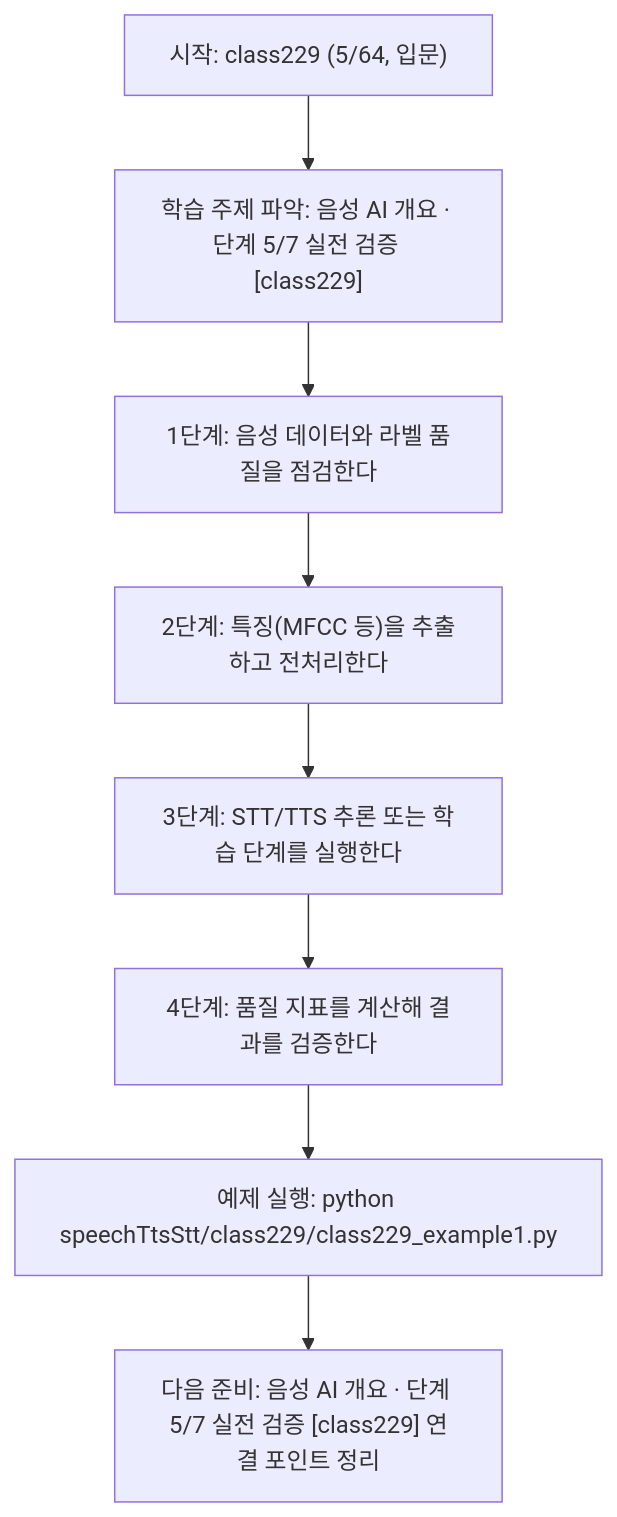
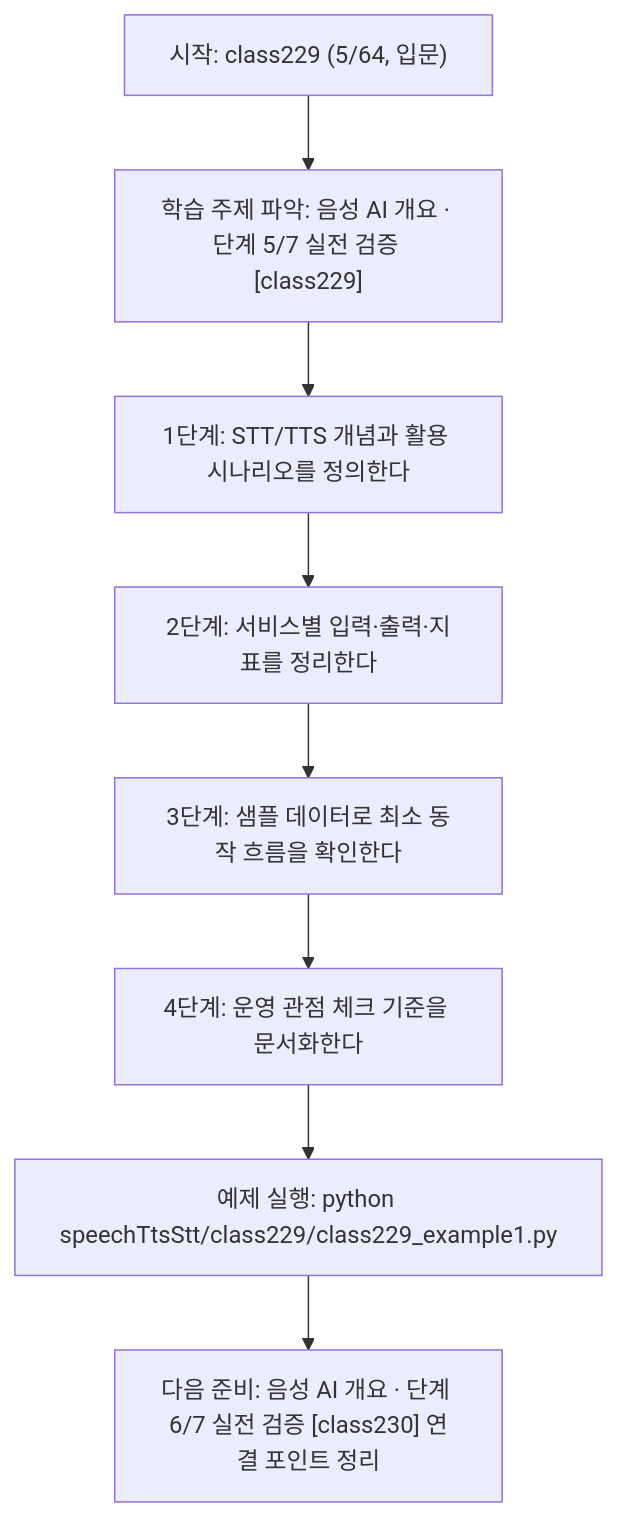
The diagram in speechTtsStt/class229/class229.md (edumgt/Python-AI_Agent-Class), drawn with Mermaid before and after one commit. The commit also changed other lines of this file and 1122 other files, not shown here.

````diff
--- a/speechTtsStt/class229/class229.md
+++ b/speechTtsStt/class229/class229.md
@@ -114,18 +95,18 @@
 ```mermaid
 flowchart TD
 N1["시작: class229 (5/64, 입문)"]
 N2["학습 주제 파악: 음성 AI 개요 · 단계 5/7 실전 검증 [class229]"]
-N3["1단계: 음성 데이터와 라벨 품질을 점검한다"]
-N4["2단계: 특징(MFCC 등)을 추출하고 전처리한다"]
-N5["3단계: STT/TTS 추론 또는 학습 단계를 실행한다"]
-N6["4단계: 품질 지표를 계산해 결과를 검증한다"]
+N3["1단계: STT/TTS 개념과 활용 시나리오를 정의한다"]
+N4["2단계: 서비스별 입력·출력·지표를 정리한다"]
+N5["3단계: 샘플 데이터로 최소 동작 흐름을 확인한다"]
+N6["4단계: 운영 관점 체크 기준을 문서화한다"]
 N7["예제 실행: python speechTtsStt/class229/class229_example1.py"]
-N8["다음 준비: 음성 AI 개요 · 단계 5/7 실전 검증 [class229] 연결 포인트 정리"]
+N8["다음 준비: 음성 AI 개요 · 단계 6/7 실전 검증 [class230] 연결 포인트 정리"]
 N1 --> N2
 N2 --> N3
 N3 --> N4
 N4 --> N5
 N5 --> N6
 N6 --> N7
 N7 --> N8
 ```
````
